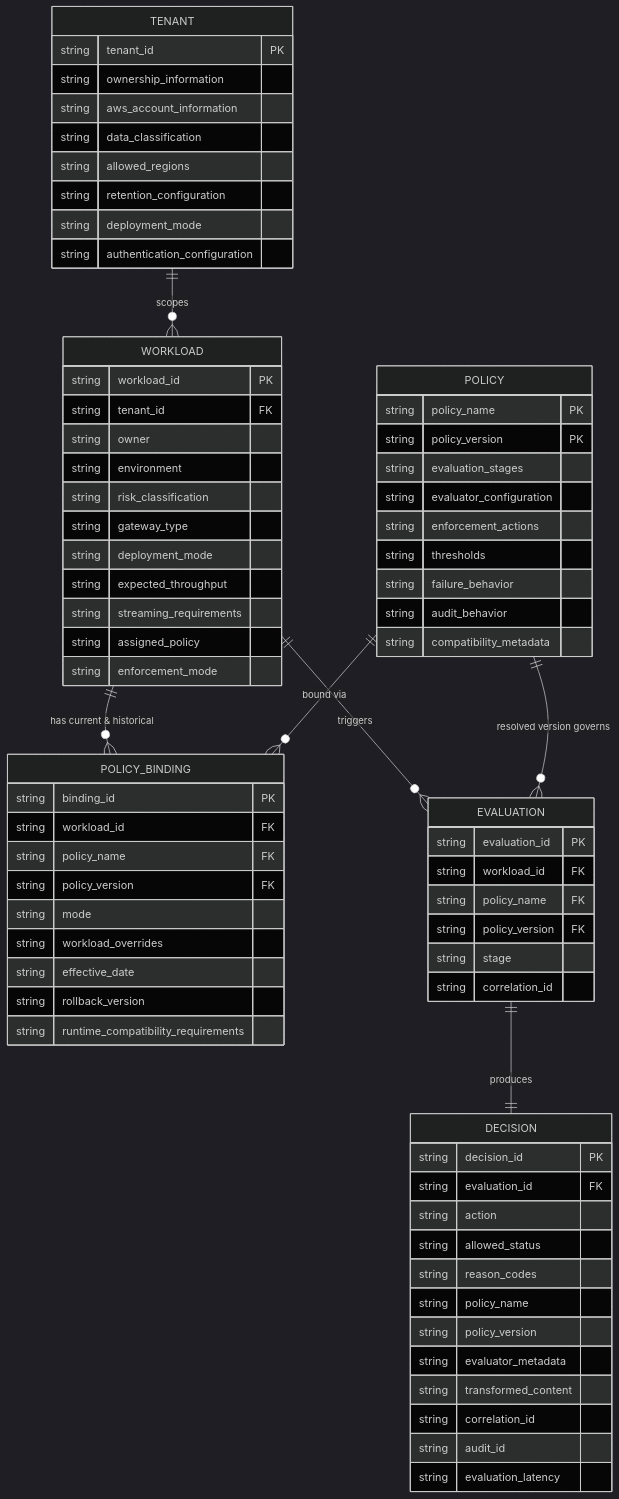
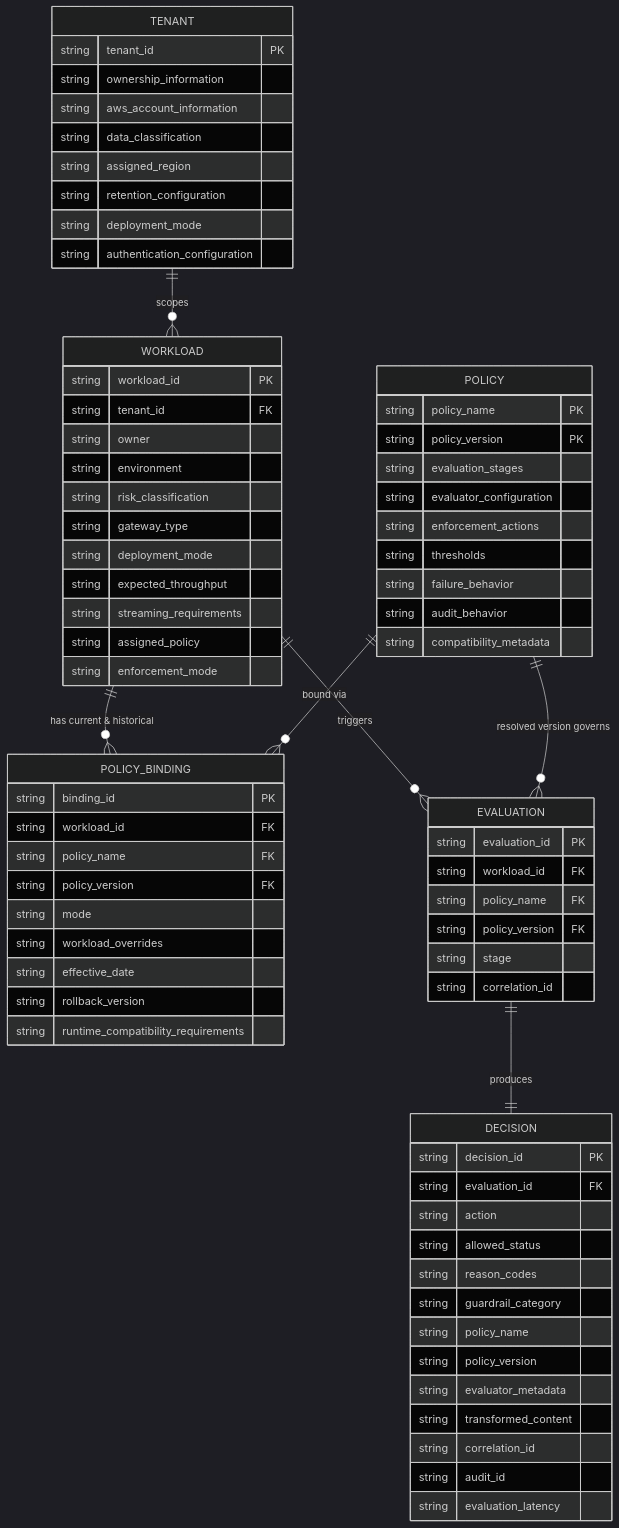
One commit to veglezMX/guardrails changed the diagram in solution-docs/50-architecture/DATA-ARCHITECTURE.md. Above: the diagram before and after it, drawn with Mermaid (dark theme). The commit also changed other lines of this file and 1 other file, not shown here.

First line of the commit message:
docs(architecture): multi-region availability + residency + guardrail_category field

````diff
--- a/solution-docs/50-architecture/DATA-ARCHITECTURE.md
+++ b/solution-docs/50-architecture/DATA-ARCHITECTURE.md
@@ -176,77 +178,78 @@
 ```mermaid
 erDiagram
     TENANT ||--o{ WORKLOAD : "scopes"
     WORKLOAD ||--o{ POLICY_BINDING : "has current & historical"
     POLICY ||--o{ POLICY_BINDING : "bound via"
     WORKLOAD ||--o{ EVALUATION : "triggers"
     POLICY ||--o{ EVALUATION : "resolved version governs"
     EVALUATION ||--|| DECISION : "produces"
 
     TENANT {
         string tenant_id PK
         string ownership_information
         string aws_account_information
         string data_classification
-        string allowed_regions
+        string assigned_region
         string retention_configuration
         string deployment_mode
         string authentication_configuration
     }
     WORKLOAD {
         string workload_id PK
         string tenant_id FK
         string owner
         string environment
         string risk_classification
         string gateway_type
         string deployment_mode
         string expected_throughput
         string streaming_requirements
         string assigned_policy
         string enforcement_mode
     }
     POLICY {
         string policy_name PK
         string policy_version PK
         string evaluation_stages
         string evaluator_configuration
         string enforcement_actions
         string thresholds
         string failure_behavior
         string audit_behavior
         string compatibility_metadata
     }
     POLICY_BINDING {
         string binding_id PK
         string workload_id FK
         string policy_name FK
         string policy_version FK
         string mode
         string workload_overrides
         string effective_date
         string rollback_version
         string runtime_compatibility_requirements
     }
     EVALUATION {
         string evaluation_id PK
         string workload_id FK
         string policy_name FK
         string policy_version FK
         string stage
         string correlation_id
     }
     DECISION {
         string decision_id PK
         string evaluation_id FK
         string action
         string allowed_status
         string reason_codes
+        string guardrail_category
         string policy_name
         string policy_version
         string evaluator_metadata
         string transformed_content
         string correlation_id
         string audit_id
         string evaluation_latency
     }
 ```
````
